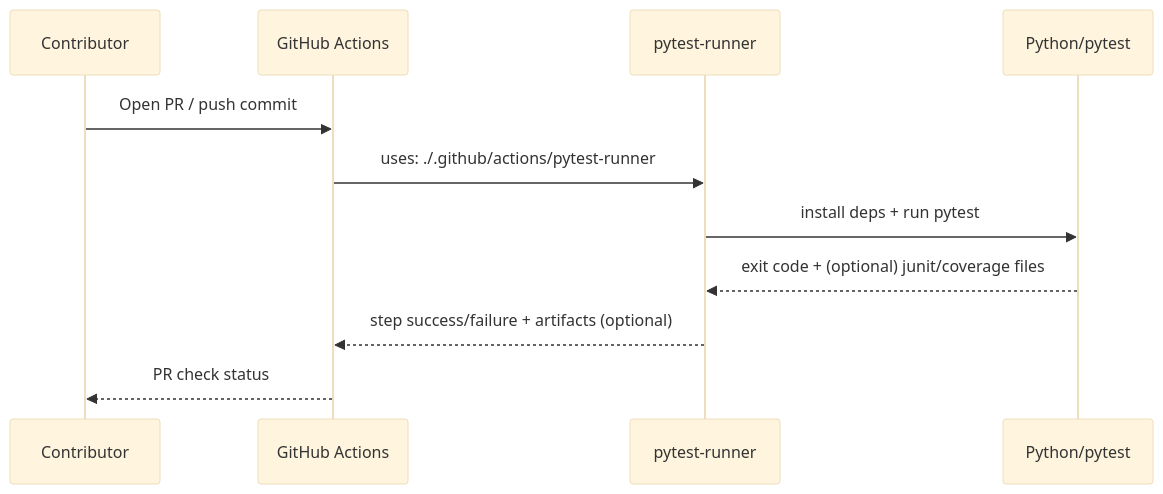
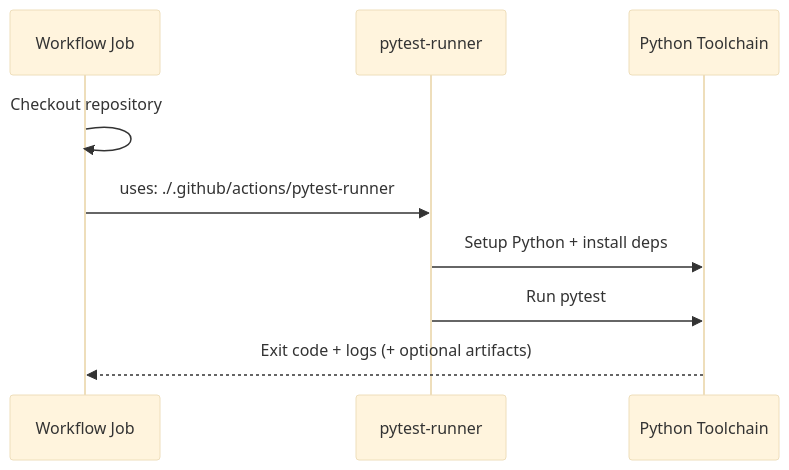
The diagram in .github/actions/pytest-runner/README.md (bartytime4life/Kansas-Frontier-Matrix), drawn with Mermaid (base theme) before and after one commit. The commit also changed other lines of this file, not shown here.

First line of the commit message:
Update metadata in pytest-runner README

```diff
--- a/.github/actions/pytest-runner/README.md
+++ b/.github/actions/pytest-runner/README.md
@@ -160,14 +146,11 @@
 ~~~mermaid
 sequenceDiagram
-  participant Dev as Contributor
-  participant GH as GitHub Actions
+  participant W as Workflow Job
   participant A as pytest-runner
-  participant Py as Python/pytest
-
-  Dev->>GH: Open PR / push commit
-  GH->>A: uses: ./.github/actions/pytest-runner
-  A->>Py: install deps + run pytest
-  Py-->>A: exit code + (optional) junit/coverage files
-  A-->>GH: step success/failure + artifacts (optional)
-  GH-->>Dev: PR check status
+  participant P as Python Toolchain
+  W->>W: Checkout repository
+  W->>A: uses: ./.github/actions/pytest-runner
+  A->>P: Setup Python + install deps
+  A->>P: Run pytest
+  P-->>W: Exit code + logs (+ optional artifacts)
 ~~~
```
